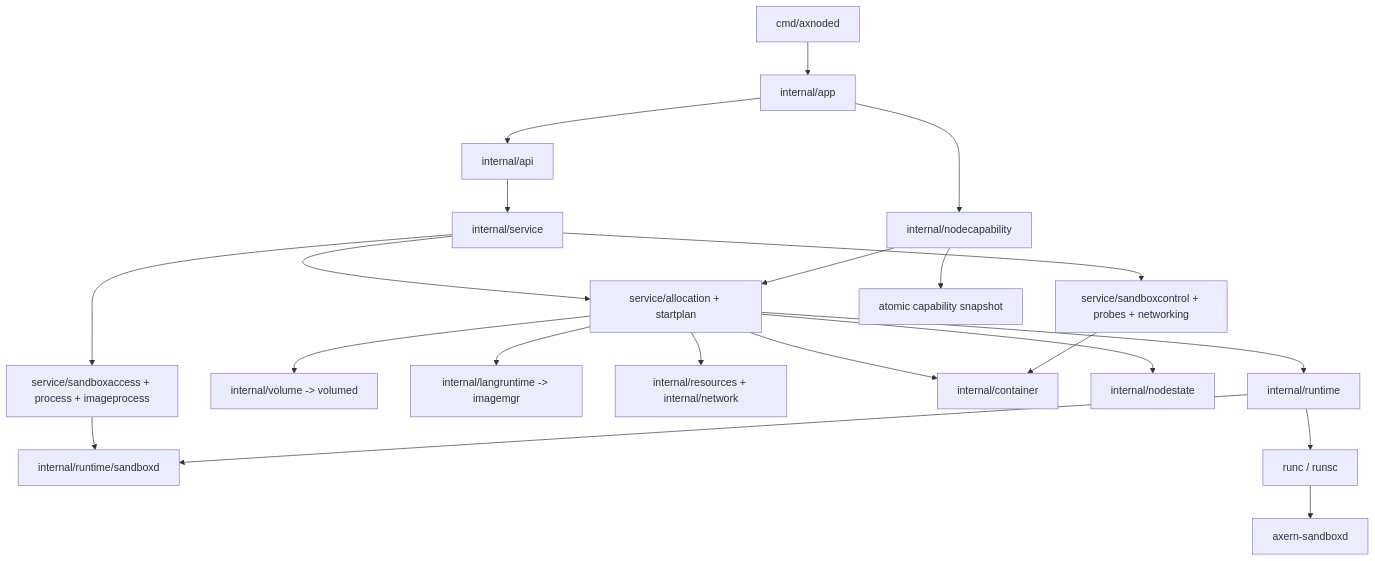
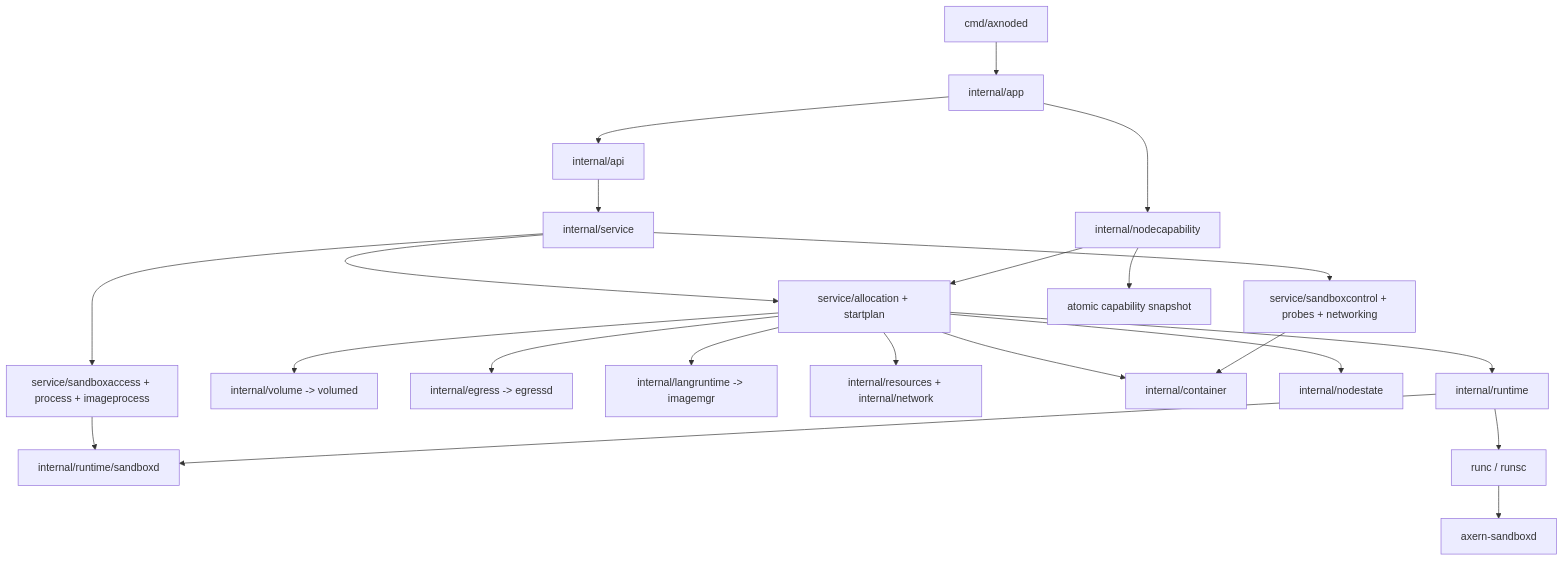
One commit to cofy-x/axern changed the first of 3 diagrams in runtime/axnoded/docs/architecture.md. Above: the diagram before and after it, drawn with Mermaid. The commit also changed other lines of this file and 56 other files, not shown here.

````diff
--- a/runtime/axnoded/docs/architecture.md
+++ b/runtime/axnoded/docs/architecture.md
@@ -9,26 +9,27 @@
 ```mermaid
 flowchart TB
     Entry["cmd/axnoded"] --> App["internal/app"]
     App --> API["internal/api"]
     App --> Capability["internal/nodecapability"]
     API --> Service["internal/service"]
 
     Service --> Allocation["service/allocation + startplan"]
     Service --> Access["service/sandboxaccess + process + imageprocess"]
     Service --> Control["service/sandboxcontrol + probes + networking"]
 
     Allocation --> Volume["internal/volume -> volumed"]
+    Allocation --> Egress["internal/egress -> egressd"]
     Allocation --> LangRuntime["internal/langruntime -> imagemgr"]
     Allocation --> Resources["internal/resources + internal/network"]
     Allocation --> Container["internal/container"]
     Allocation --> NodeState["internal/nodestate"]
     Allocation --> Runtime["internal/runtime"]
     Capability --> Inventory["atomic capability snapshot"]
     Capability --> Allocation
 
     Access --> RuntimeClient["internal/runtime/sandboxd"]
     Control --> Container
     Runtime --> OCI["runc / runsc"]
     Runtime --> RuntimeClient
     OCI --> Sandboxd["axern-sandboxd"]
 ```
````
